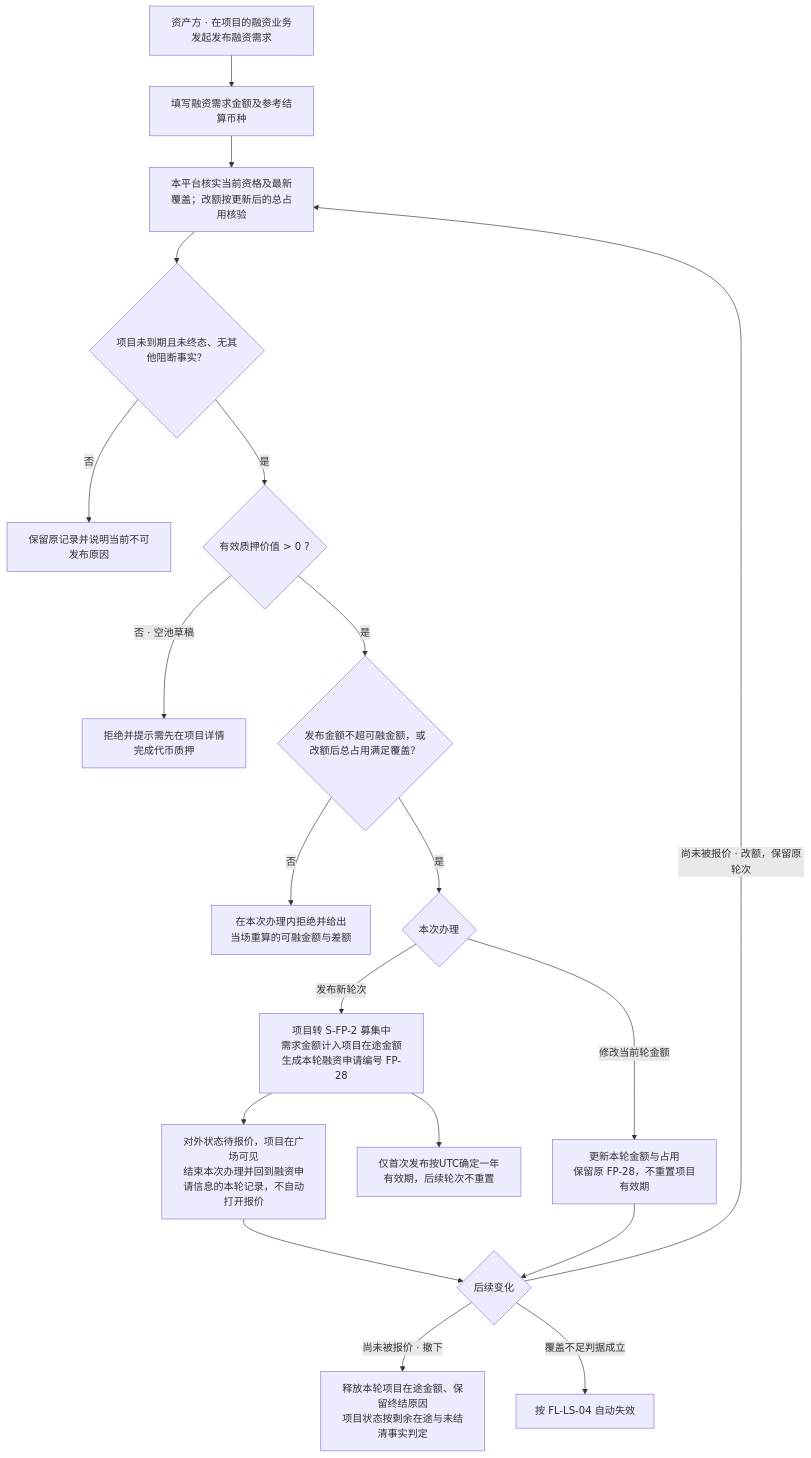
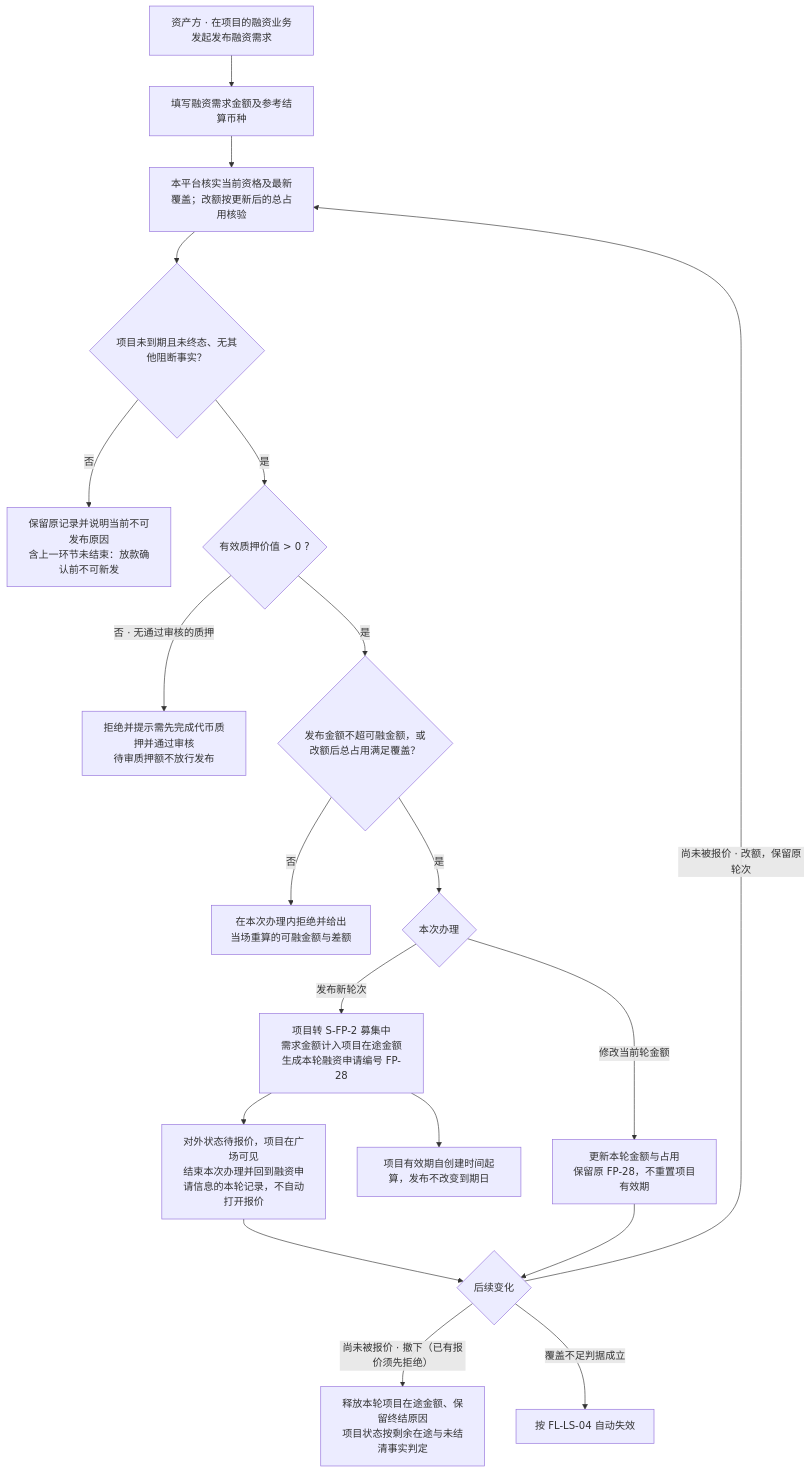
Before and after one commit to wxblockchain/Chain-Financing: the second of 10 diagrams in lending-platform/PRD/v1.0-借贷广场-融资需求与代币质押/02-融资需求与代币质押-流程图与状态机.md, drawn with Mermaid. The commit also changed other lines of this file and 5 other files, not shown here.

````diff
--- a/lending-platform/PRD/v1.0-借贷广场-融资需求与代币质押/02-融资需求与代币质押-流程图与状态机.md
+++ b/lending-platform/PRD/v1.0-借贷广场-融资需求与代币质押/02-融资需求与代币质押-流程图与状态机.md
@@ -67,21 +71,21 @@
 ```mermaid
 flowchart TD
   A["资产方 · 在项目的融资业务发起发布融资需求"] --> B["填写融资需求金额及参考结算币种"]
   B --> C["本平台核实当前资格及最新覆盖；改额按更新后的总占用核验"]
   C --> P{"项目未到期且未终态、无其他阻断事实？"}
-  P -- "否" --> STOP["保留原记录并说明当前不可发布原因"]
+  P -- "否" --> STOP["保留原记录并说明当前不可发布原因<br/>含上一环节未结束：放款确认前不可新发"]
   P -- "是" --> D{"有效质押价值 > 0 ?"}
-  D -- "否 · 空池草稿" --> E["拒绝并提示需先在项目详情完成代币质押"]
+  D -- "否 · 无通过审核的质押" --> E["拒绝并提示需先完成代币质押并通过审核<br/>待审质押额不放行发布"]
   D -- "是" --> F{"发布金额不超可融金额，或改额后总占用满足覆盖？"}
   F -- "否" --> G["在本次办理内拒绝并给出<br/>当场重算的可融金额与差额"]
   F -- "是" --> T{"本次办理"}
   T -- "发布新轮次" --> H["项目转 S-FP-2 募集中<br/>需求金额计入项目在途金额<br/>生成本轮融资申请编号 FP-28"]
   T -- "修改当前轮金额" --> R["更新本轮金额与占用<br/>保留原 FP-28，不重置项目有效期"]
-  H --> I["仅首次发布按UTC确定一年有效期，后续轮次不重置"]
+  H --> I["项目有效期自创建时间起算，发布不改变到期日"]
   H --> J["对外状态待报价，项目在广场可见<br/>结束本次办理并回到融资申请信息的本轮记录，不自动打开报价"]
   J --> K{"后续变化"}
   R --> K
   K -- "尚未被报价 · 改额，保留原轮次" --> C
-  K -- "尚未被报价 · 撤下" --> L["释放本轮项目在途金额、保留终结原因<br/>项目状态按剩余在途与未结清事实判定"]
+  K -- "尚未被报价 · 撤下（已有报价须先拒绝）" --> L["释放本轮项目在途金额、保留终结原因<br/>项目状态按剩余在途与未结清事实判定"]
   K -- "覆盖不足判据成立" --> M["按 FL-LS-04 自动失效"]
 ```
````
